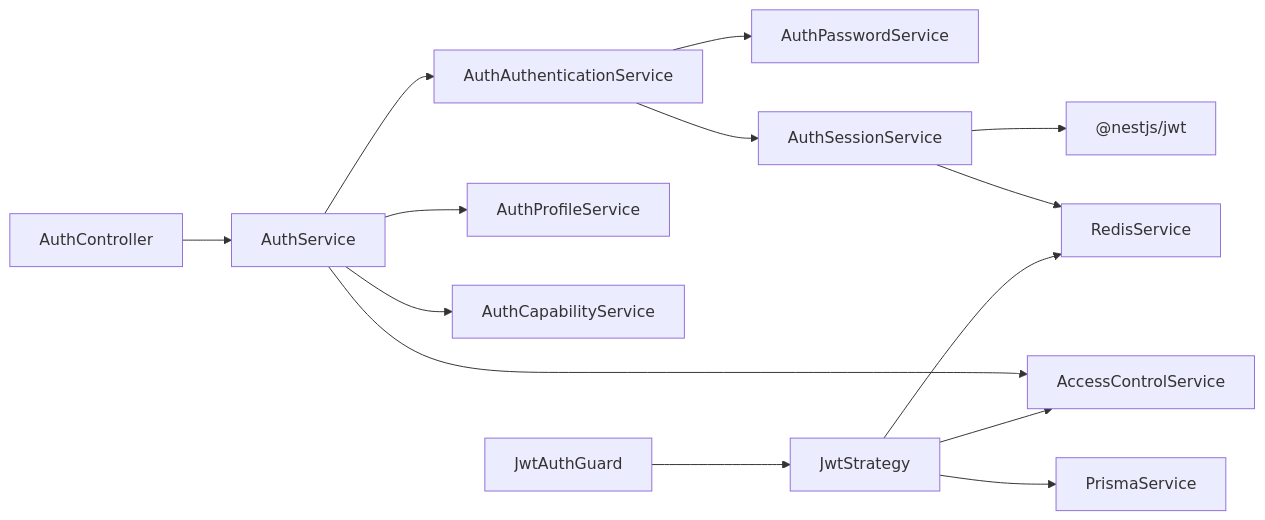
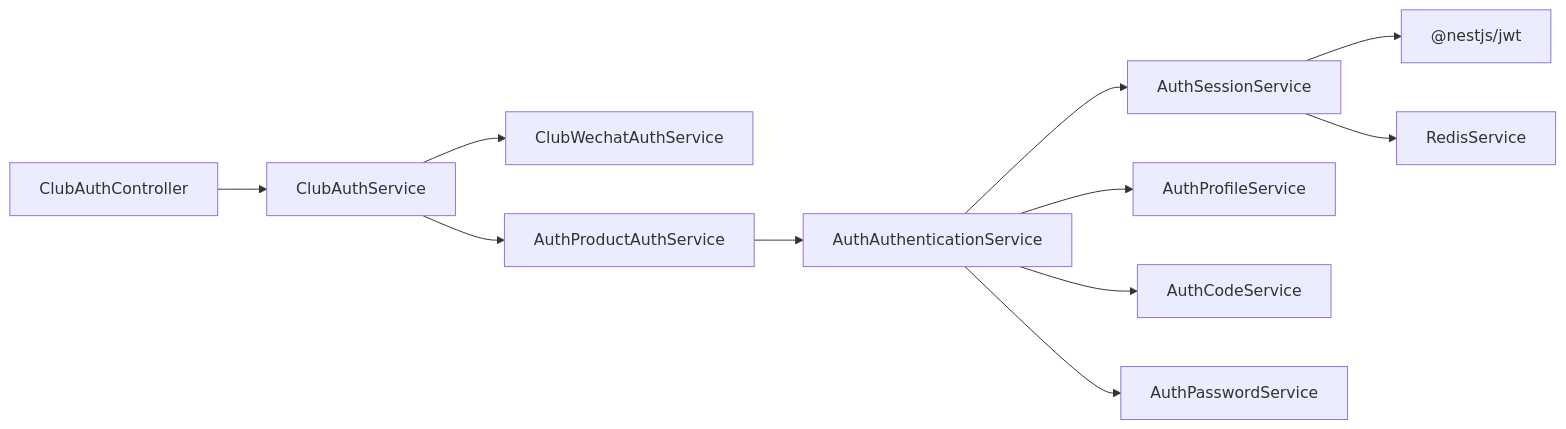
Before and after one commit to rc558620/purelyprofit-server: the fifth of 5 diagrams in .qoder/repowiki/zh/content/API 接口文档/认证接口.md, drawn with Mermaid. The commit also changed other lines of this file and 30 other files, not shown here.

````diff
--- a/.qoder/repowiki/zh/content/API 接口文档/认证接口.md
+++ b/.qoder/repowiki/zh/content/API 接口文档/认证接口.md
@@ -433,16 +247,13 @@
 ```mermaid
 graph LR
-Ctrl["AuthController"] --> Svc["AuthService"]
-Svc --> AAS["AuthAuthenticationService"]
-Svc --> ACS["AuthCodeService"]
-Svc --> APSF["AuthProfileService"]
-Svc --> ACSF["AuthCapabilityService"]
-AAS --> APS["AuthPasswordService"]
-AAS --> ASS["AuthSessionService"]
-ASS --> JWT["@nestjs/jwt"]
-ASS --> RDS["RedisService"]
-JWG["JwtAuthGuard"] --> JWS["JwtStrategy"]
-JWS --> PRIS["PrismaService"]
-JWS --> RDS
-JWS --> ACS["AccessControlService"]
+ClubCtrl["ClubAuthController"] --> ClubSvc["ClubAuthService"]
+ClubSvc --> WechatSvc["ClubWechatAuthService"]
+ClubSvc --> UnifiedSvc["AuthProductAuthService"]
+UnifiedSvc --> AuthSvc["AuthAuthenticationService"]
+AuthSvc --> SessionSvc["AuthSessionService"]
+AuthSvc --> ProfileSvc["AuthProfileService"]
+AuthSvc --> CodeSvc["AuthCodeService"]
+AuthSvc --> PassSvc["AuthPasswordService"]
+SessionSvc --> JWT["@nestjs/jwt"]
+SessionSvc --> Redis["RedisService"]
 ```
````
